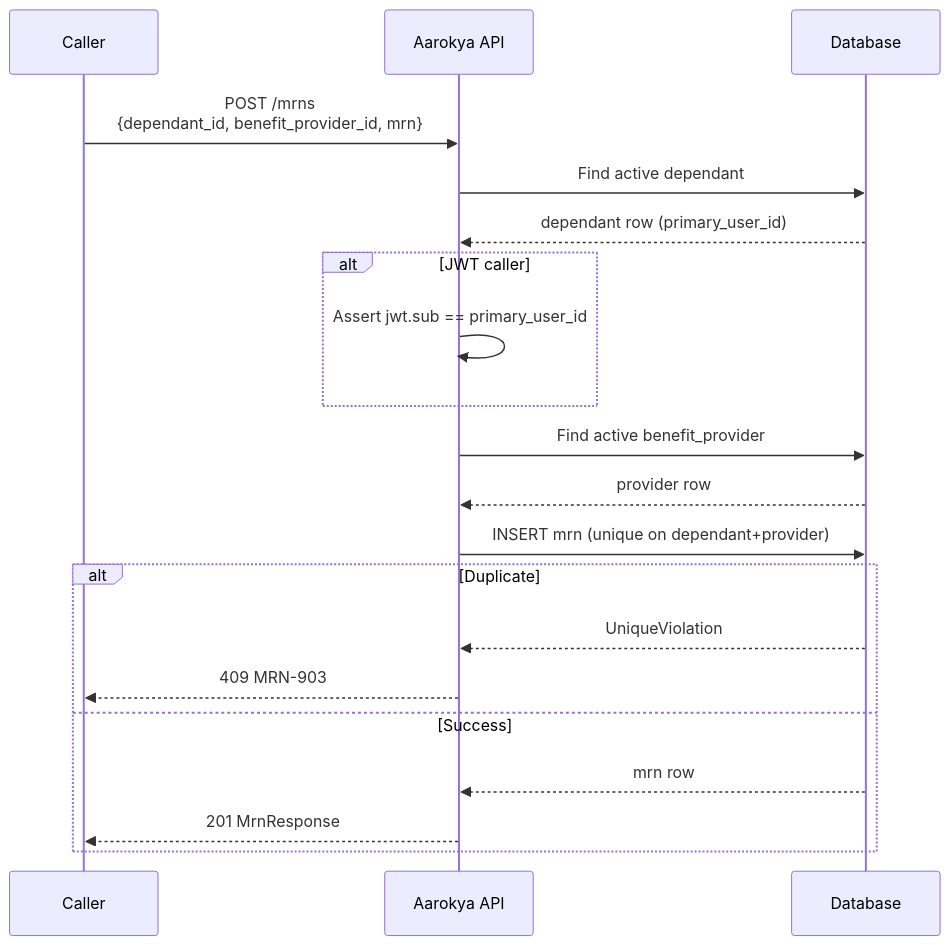
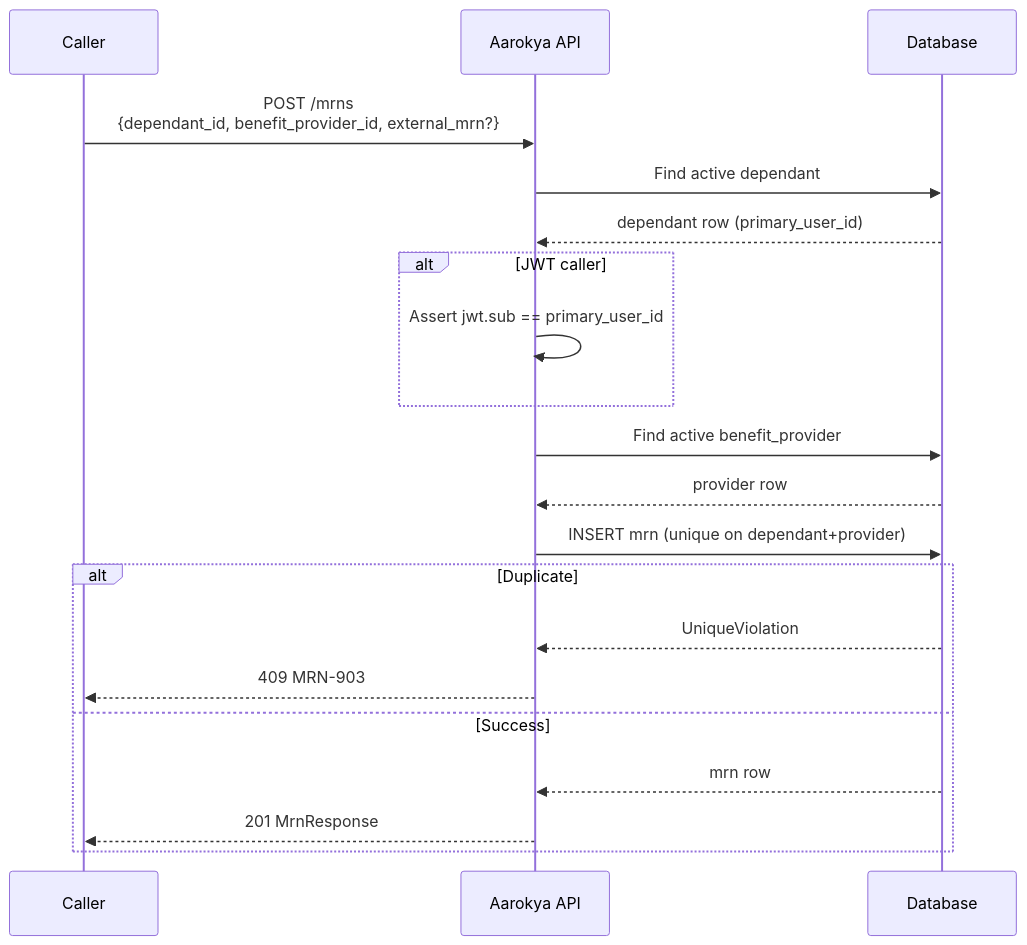
One commit to anu19981/aarokya-backend changed the diagram in api-reference/modules/mrn.mdx. Above: the diagram before and after it, drawn with Mermaid. The commit also changed other lines of this file and 3 other files, not shown here.

````diff
--- a/api-reference/modules/mrn.mdx
+++ b/api-reference/modules/mrn.mdx
@@ -20,23 +26,23 @@
 ```mermaid
 sequenceDiagram
     participant C as Caller
     participant API as Aarokya API
     participant DB as Database
 
-    C->>API: POST /mrns<br/>{dependant_id, benefit_provider_id, mrn}
+    C->>API: POST /mrns<br/>{dependant_id, benefit_provider_id, external_mrn?}
     API->>DB: Find active dependant
     DB-->>API: dependant row (primary_user_id)
     alt JWT caller
         API->>API: Assert jwt.sub == primary_user_id
     end
     API->>DB: Find active benefit_provider
     DB-->>API: provider row
     API->>DB: INSERT mrn (unique on dependant+provider)
     alt Duplicate
         DB-->>API: UniqueViolation
         API-->>C: 409 MRN-903
     else Success
         DB-->>API: mrn row
         API-->>C: 201 MrnResponse
     end
 ```
````
